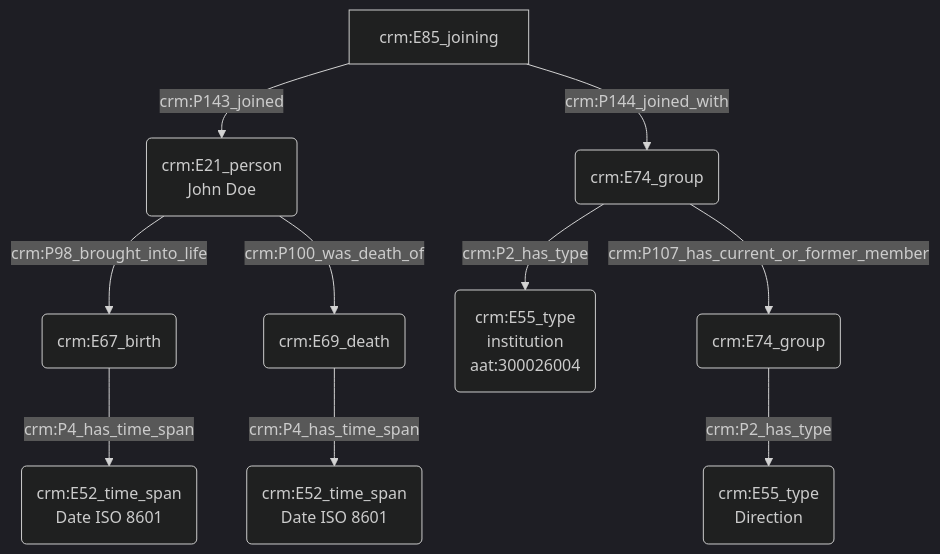
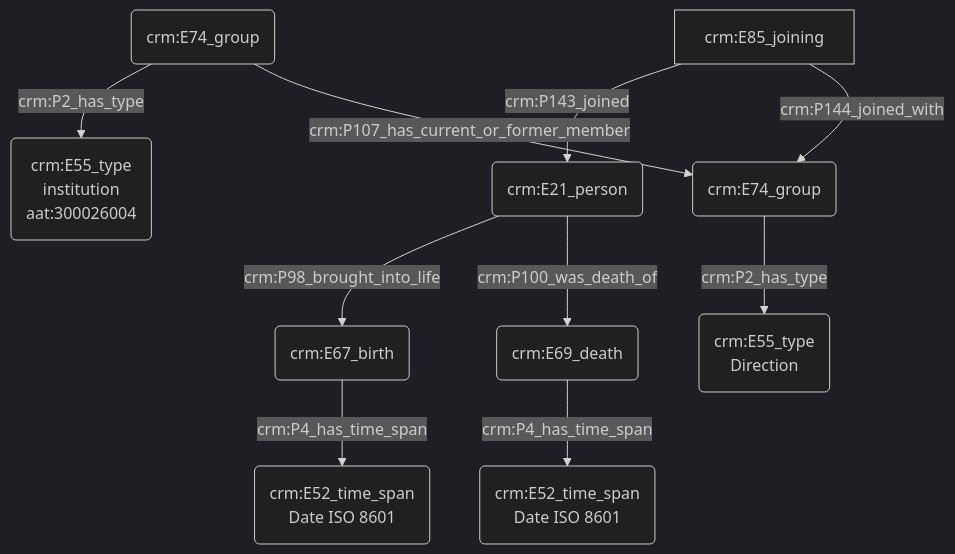
Before and after one commit to Amleth/consortium-musica2-gt2-ontologies: the diagram in modules/livrables/Dossier 2/Indexation conceptuelle/indexation d'une personne.md, drawn with Mermaid (dark theme).

Commit message:
Update indexation d'une personne.md

````diff
--- a/modules/livrables/Dossier 2/Indexation conceptuelle/indexation d'une personne.md
+++ b/modules/livrables/Dossier 2/Indexation conceptuelle/indexation d'une personne.md
@@ -15,16 +15,18 @@
 ```mermaid
 graph TD;
 
 A(crm:E21_person) --> |crm:P98_brought_into_life| B(crm:E67_birth)
 B(crm:E67_birth) --> |crm:P4_has_time_span| C(crm:E52_time_span<br>Date ISO 8601)
 
-A(crm:E21_person) --> |crm:P100_was_death_of| D(crm:E69_death)
-D(crm:E69_death) --> |crm:P4_has_time_span| E(crm:E52_time_span<br>Date ISO 8601)
+
 
 M(crm:E74_group) -->|crm:P2_has_type| N(crm:E55_type<br>institution<br>aat:300026004)
 M(crm:E74_group) --> |crm:P107_has_current_or_former_member| S(crm:E74_group)
 S(crm:E74_group) --> |crm:P2_has_type| T(crm:E55_type<br>Direction)
 U[crm:E85_joining] -->|crm:P143_joined| A(crm:E21_person<br>John Doe)
-U[crm:E85_joining] --> |crm:P144_joined_with| M(crm:E74_group)
+U[crm:E85_joining] --> |crm:P144_joined_with| S(crm:E74_group)
+
+A(crm:E21_person) --> |crm:P100_was_death_of| D(crm:E69_death)
+D(crm:E69_death) --> |crm:P4_has_time_span| E(crm:E52_time_span<br>Date ISO 8601)
 
 ```
````
